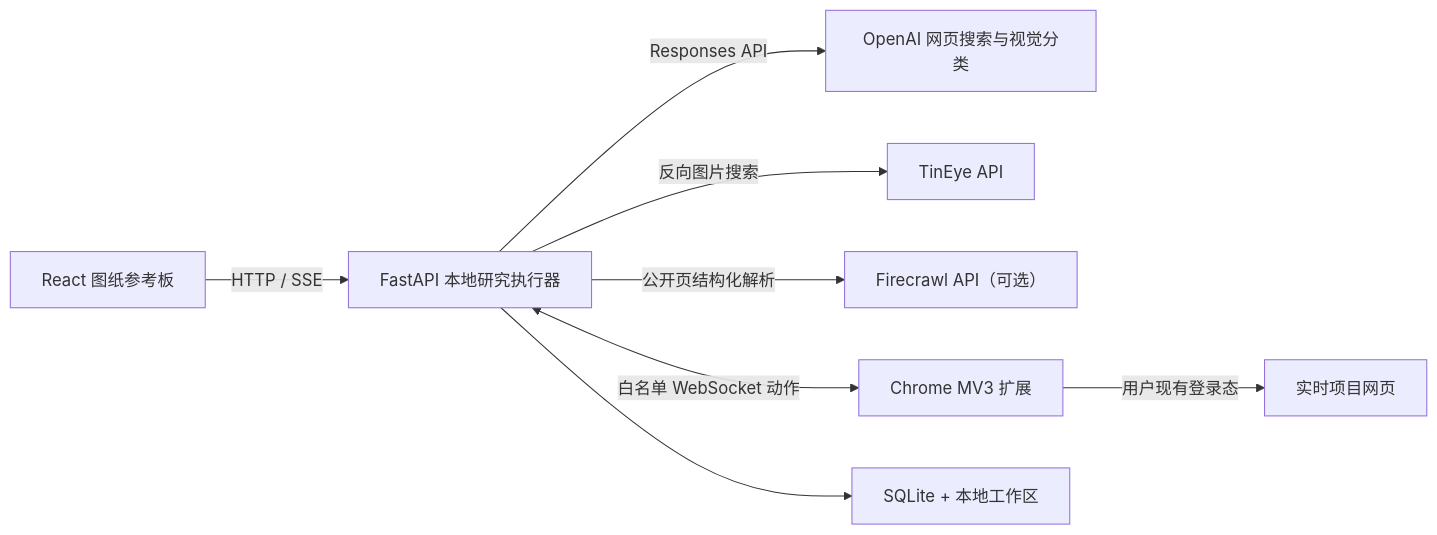
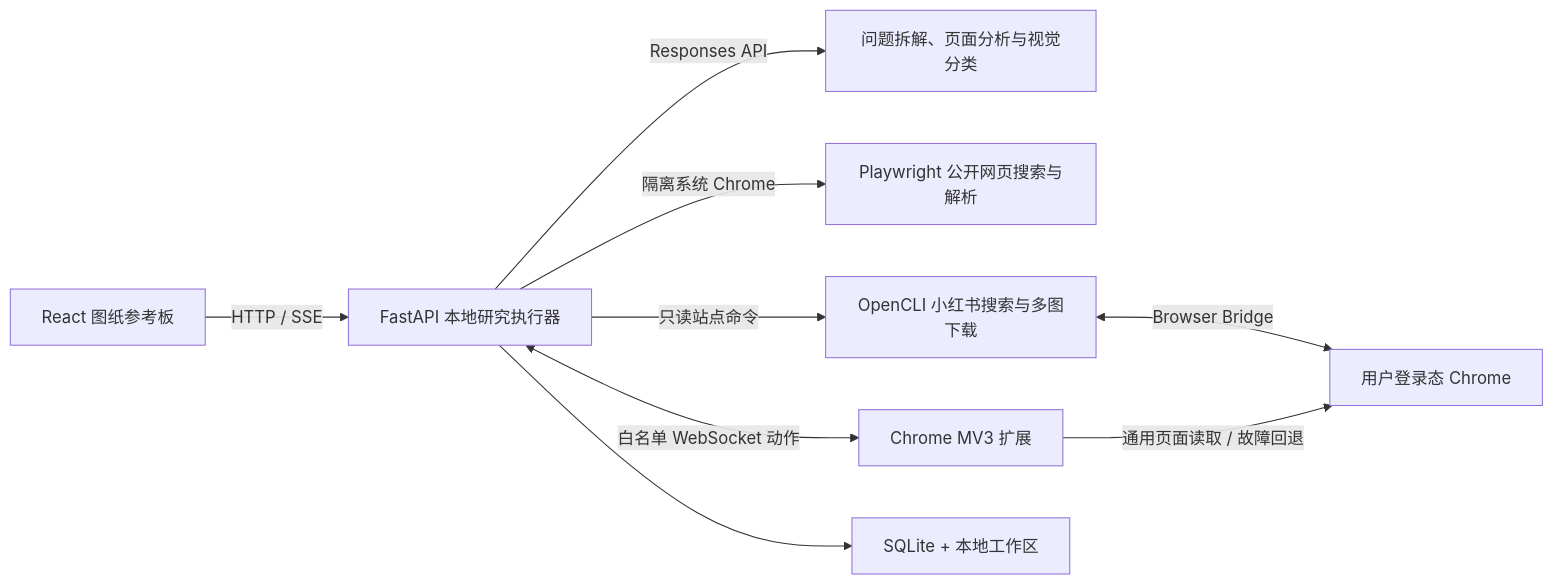
Before and after one commit to jileyu2000/archresearch: the diagram in README.md, drawn with Mermaid. The commit also changed other lines of this file and 111 other files, not shown here.

````diff
--- a/README.md
+++ b/README.md
@@ -9,10 +9,11 @@
 ```mermaid
 flowchart LR
     B["React 图纸参考板"] -->|HTTP / SSE| A["FastAPI 本地研究执行器"]
-    A -->|Responses API| O["OpenAI 网页搜索与视觉分类"]
-    A -->|反向图片搜索| T["TinEye API"]
-    A -->|公开页结构化解析| F["Firecrawl API（可选）"]
+    A -->|Responses API| O["问题拆解、页面分析与视觉分类"]
+    A -->|隔离系统 Chrome| P["Playwright 公开网页搜索与解析"]
+    A -->|只读站点命令| X["OpenCLI 小红书搜索与多图下载"]
+    X <-->|Browser Bridge| W["用户登录态 Chrome"]
     A <-->|白名单 WebSocket 动作| E["Chrome MV3 扩展"]
-    E -->|用户现有登录态| W["实时项目网页"]
+    E -->|通用页面读取 / 故障回退| W
     A --> S["SQLite + 本地工作区"]
 ```
````
